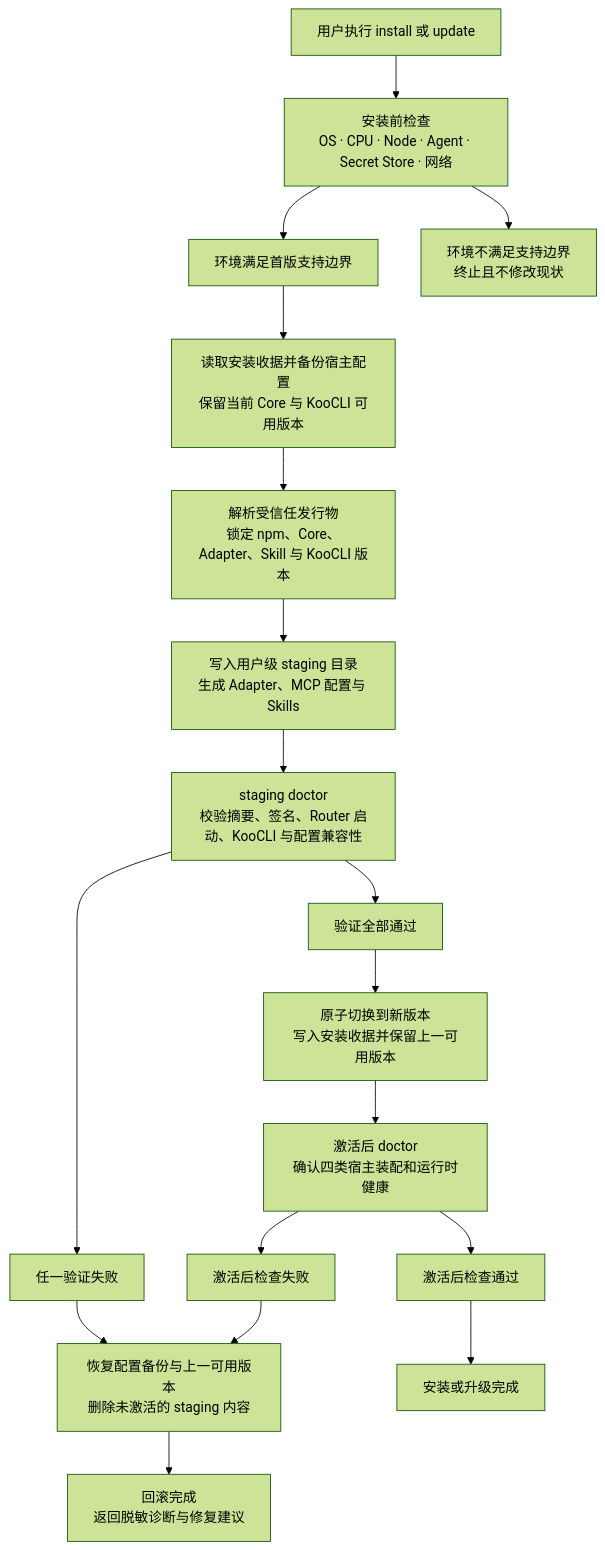
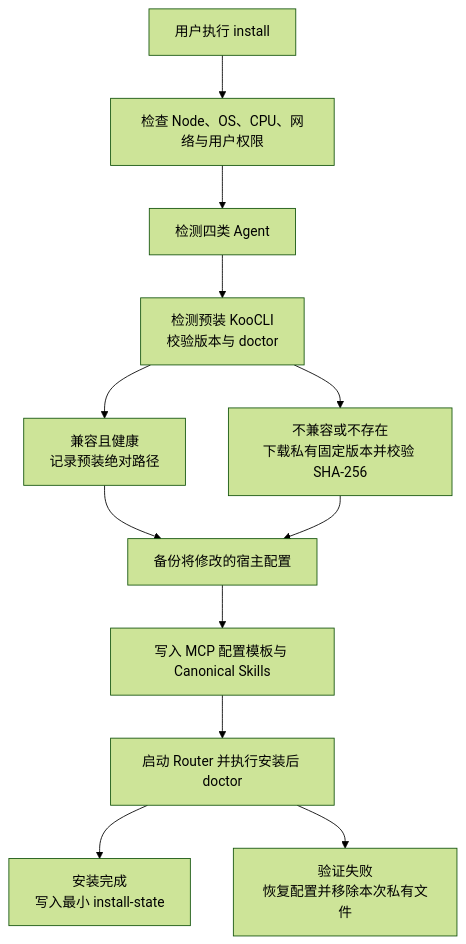
One commit to huaweicloud-mate/huaweicloud-mate changed the second of 3 diagrams in docs/技术架构.md. Above: the diagram before and after it, drawn with Mermaid (forest theme). The commit also changed other lines of this file and 16 other files, not shown here.

Commit message:
docs: simplify open-source v1 architecture

````diff
--- a/docs/技术架构.md
+++ b/docs/技术架构.md
@@ -129,38 +121,26 @@
 ```mermaid
 flowchart TB
-  ENTRY["用户执行 install 或 update"]
-  PREFLIGHT["安装前检查<br/>OS · CPU · Node · Agent · Secret Store · 网络"]
-  READY["环境满足首版支持边界"]
-  BLOCKED["环境不满足支持边界<br/>终止且不修改现状"]
-  SNAPSHOT["读取安装收据并备份宿主配置<br/>保留当前 Core 与 KooCLI 可用版本"]
-  RESOLVE["解析受信任发行物<br/>锁定 npm、Core、Adapter、Skill 与 KooCLI 版本"]
-  STAGE["写入用户级 staging 目录<br/>生成 Adapter、MCP 配置与 Skills"]
-  VERIFY["staging doctor<br/>校验摘要、签名、Router 启动、KooCLI 与配置兼容性"]
-  VERIFIED["验证全部通过"]
-  REJECTED["任一验证失败"]
-  ACTIVATE["原子切换到新版本<br/>写入安装收据并保留上一可用版本"]
-  ROLLBACK["恢复配置备份与上一可用版本<br/>删除未激活的 staging 内容"]
-  POSTCHECK["激活后 doctor<br/>确认四类宿主装配和运行时健康"]
-  POSTCHECK_OK["激活后检查通过"]
-  POSTCHECK_FAILED["激活后检查失败"]
-  DONE["安装或升级完成"]
-  FAILED["回滚完成<br/>返回脱敏诊断与修复建议"]
+  ENTRY["用户执行 install"]
+  PREFLIGHT["检查 Node、OS、CPU、网络与用户权限"]
+  HOSTS["检测四类 Agent"]
+  KOO_CHECK["检测预装 KooCLI<br/>校验版本与 doctor"]
+  KOO_REUSE["兼容且健康<br/>记录预装绝对路径"]
+  KOO_PRIVATE["不兼容或不存在<br/>下载私有固定版本并校验 SHA-256"]
+  BACKUP["备份将修改的宿主配置"]
+  APPLY["写入 MCP 配置模板与 Canonical Skills"]
+  VERIFY["启动 Router 并执行安装后 doctor"]
+  OK["安装完成<br/>写入最小 install-state"]
+  FAIL["验证失败<br/>恢复配置并移除本次私有文件"]
 
   ENTRY --> PREFLIGHT
-  PREFLIGHT --> READY
-  PREFLIGHT --> BLOCKED
-  READY --> SNAPSHOT
-  SNAPSHOT --> RESOLVE
-  RESOLVE --> STAGE
-  STAGE --> VERIFY
-  VERIFY --> VERIFIED
-  VERIFY --> REJECTED
-  VERIFIED --> ACTIVATE
-  ACTIVATE --> POSTCHECK
-  POSTCHECK --> POSTCHECK_OK
-  POSTCHECK --> POSTCHECK_FAILED
-  POSTCHECK_OK --> DONE
-  REJECTED --> ROLLBACK
-  POSTCHECK_FAILED --> ROLLBACK
-  ROLLBACK --> FAILED
+  PREFLIGHT --> HOSTS
+  HOSTS --> KOO_CHECK
+  KOO_CHECK --> KOO_REUSE
+  KOO_CHECK --> KOO_PRIVATE
+  KOO_REUSE --> BACKUP
+  KOO_PRIVATE --> BACKUP
+  BACKUP --> APPLY
+  APPLY --> VERIFY
+  VERIFY --> OK
+  VERIFY --> FAIL
 ```
````
